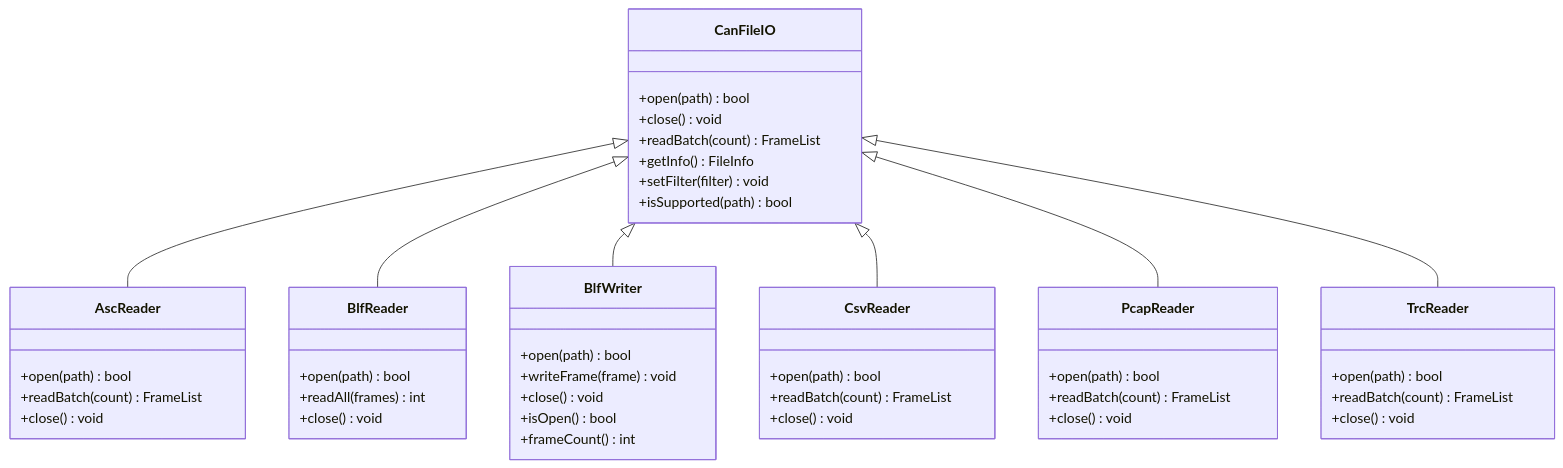
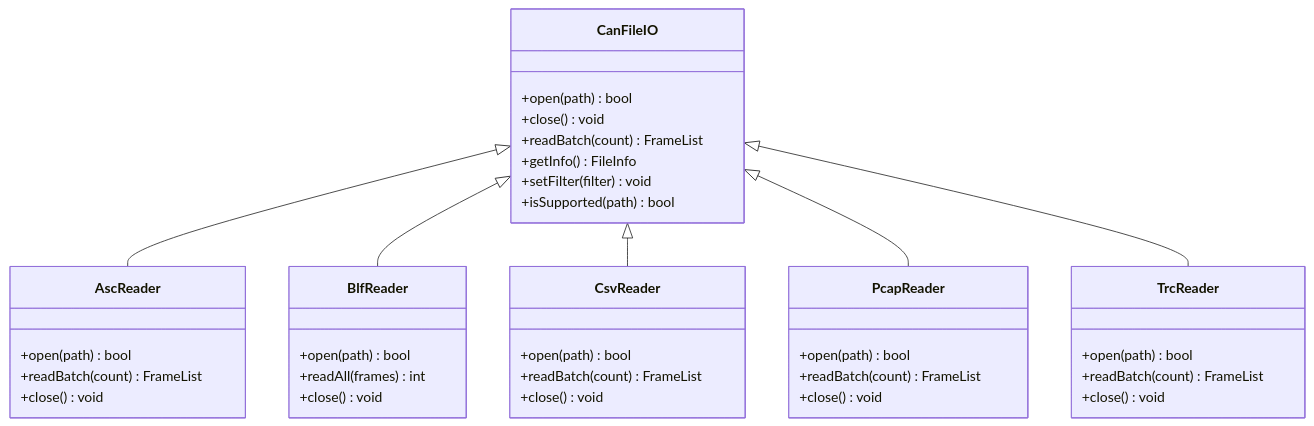
Before and after one commit to jakecai1225-design/OpenBus: the third of 11 diagrams in .qoder/repowiki/zh/content/核心模块详解/CAN文件IO系统.md, drawn with Mermaid. The commit also changed other lines of this file and 56 other files, not shown here.

Commit message:
trace graphic优化

````diff
--- a/.qoder/repowiki/zh/content/核心模块详解/CAN文件IO系统.md
+++ b/.qoder/repowiki/zh/content/核心模块详解/CAN文件IO系统.md
@@ -199,49 +198,41 @@
 ```mermaid
 classDiagram
 class CanFileIO {
 +open(path) bool
 +close() void
 +readBatch(count) FrameList
 +getInfo() FileInfo
 +setFilter(filter) void
 +isSupported(path) bool
 }
 class AscReader {
 +open(path) bool
 +readBatch(count) FrameList
 +close() void
 }
 class BlfReader {
 +open(path) bool
 +readAll(frames) int
 +close() void
 }
-class BlfWriter {
-+open(path) bool
-+writeFrame(frame) void
-+close() void
-+isOpen() bool
-+frameCount() int
-}
 class CsvReader {
 +open(path) bool
 +readBatch(count) FrameList
 +close() void
 }
 class PcapReader {
 +open(path) bool
 +readBatch(count) FrameList
 +close() void
 }
 class TrcReader {
 +open(path) bool
 +readBatch(count) FrameList
 +close() void
 }
 CanFileIO <|-- AscReader
 CanFileIO <|-- BlfReader
-CanFileIO <|-- BlfWriter
 CanFileIO <|-- CsvReader
 CanFileIO <|-- PcapReader
 CanFileIO <|-- TrcReader
 ```
````
